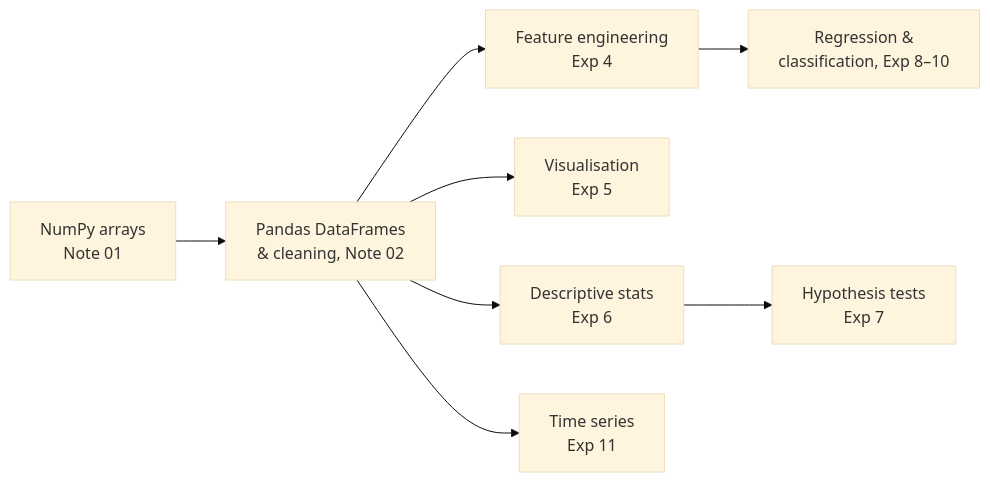
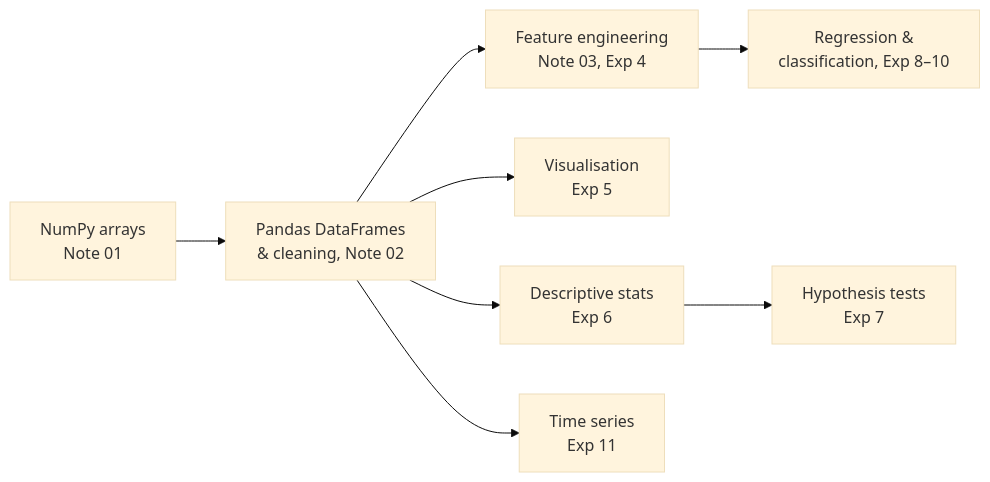
Before and after one commit to MadakariNayakaHM/AI-Zero-To-Advance-Course: the diagram in SEM1/DS-LAB/Notes/README.md, drawn with Mermaid (base theme). The commit also changed other lines of this file and 16 other files, not shown here.

Commit message:
DS Lab 03 & MLP 04: feature engineering (Exp 4, Titanic) and supervised classification (logistic regression, log loss, metrics, ROC/AUC, model comparison); READMEs updated

````diff
--- a/SEM1/DS-LAB/Notes/README.md
+++ b/SEM1/DS-LAB/Notes/README.md
@@ -38,10 +39,10 @@
 ```mermaid
 flowchart LR
     N[NumPy arrays<br/>Note 01] --> P[Pandas DataFrames<br/>& cleaning, Note 02]
-    P --> F[Feature engineering<br/>Exp 4]
+    P --> F[Feature engineering<br/>Note 03, Exp 4]
     P --> V[Visualisation<br/>Exp 5]
     P --> S[Descriptive stats<br/>Exp 6]
     S --> H[Hypothesis tests<br/>Exp 7]
     F --> R[Regression &<br/>classification, Exp 8–10]
     P --> T[Time series<br/>Exp 11]
 ```
````
